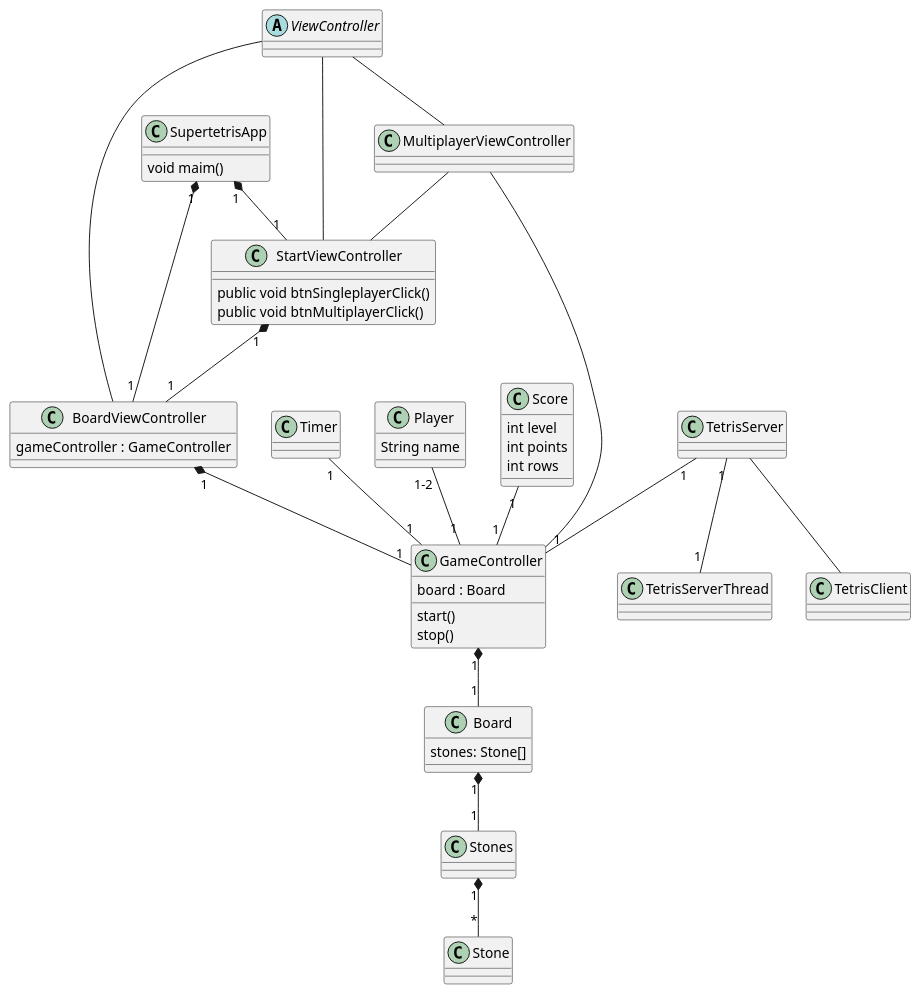
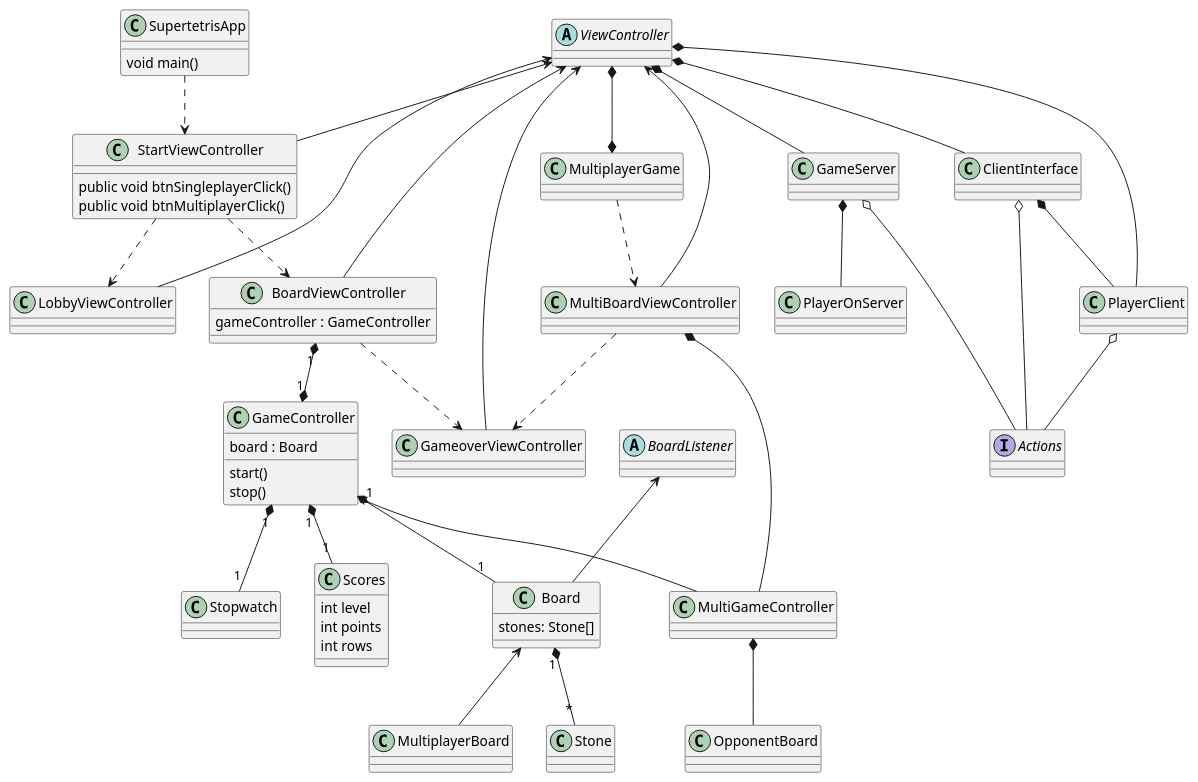
The diagram in doc/Klassendiagramm.puml (ponchofiesta/supertetris), drawn with PlantUML before and after one commit.

Commit message:
UML update

```diff
--- a/doc/Klassendiagramm.puml
+++ b/doc/Klassendiagramm.puml
@@ -1,86 +1,89 @@
 @startuml
 skinparam classAttributeIconSize 0
 
+SupertetrisApp ..> StartViewController
+StartViewController ..> BoardViewController
+StartViewController ..> LobbyViewController
+BoardViewController "1" *--* "1" GameController
+GameController "1" *-- "1" Board
+GameController "1" *-- "1" Stopwatch
+GameController "1" *-- "1" Scores
+BoardListener <-- Board
+Board "1" *-- "*" Stone
+GameController <-- MultiGameController
+Board <-- MultiplayerBoard
+BoardViewController ..> GameoverViewController
+MultiBoardViewController ..> GameoverViewController
+MultiBoardViewController *-- MultiGameController
+MultiGameController *-- OpponentBoard
+MultiplayerGame ..> MultiBoardViewController
 
-SupertetrisApp "1" *-- "1" StartViewController
-SupertetrisApp "1" *-- "1" BoardViewController
-StartViewController "1" *-- "1" BoardViewController
-BoardViewController "1" *-- "1" GameController
-GameController "1" *-- "1" Board
-Board "1" *-- "1" Stones
-Stones "1" *-- "*" Stone
-Timer "1" -- "1" GameController
-Player "1-2" -- "1" GameController
-Score "1" -- "1" GameController
-MultiplayerViewController -- GameController
-MultiplayerViewController -- StartViewController
-ViewController -- MultiplayerViewController
-ViewController -- StartViewController
-ViewController -- BoardViewController
-TetrisServer -- TetrisClient
-TetrisServer "1" -- "1" TetrisServerThread
-TetrisServer "1" -- "1" GameController
+ViewController <-- StartViewController
+ViewController <-- BoardViewController
+ViewController <-- MultiBoardViewController
+ViewController <-- LobbyViewController
+ViewController <-- GameoverViewController
+
+ViewController *-- GameServer
+ViewController *-- PlayerClient
+ViewController *-- ClientInterface
+ViewController *--* MultiplayerGame
+
+ClientInterface *-- PlayerClient
+ClientInterface o-- Actions
+GameServer o-- Actions
+PlayerClient o-- Actions
+
+GameServer *-- PlayerOnServer
 
 class SupertetrisApp {
-    void maim()
+    void main()
 }
 
 abstract class ViewController {
+}
+
+abstract class BoardListener {
 }
 
 class StartViewController {
     public void btnSingleplayerClick()
     public void btnMultiplayerClick()
 }
 
 class BoardViewController {
     gameController : GameController
 }
 
-class MultiplayerViewController {
-
+class MultiBoardViewController {
 }
 
 class GameController {
     board : Board
     start()
     stop()
 }
 
+class OpponentBoard {
+}
+
+class ClientInterface {
+}
+
+interface Actions {
+}
+
 class Board {
     stones: Stone[]
 }
 
-class Stones {
-
+class Stone {
 }
 
-class Stone {
-
-}
-
-class Player {
-    String name
-}
-
-class Timer {
-}
-
-class Score {
+class Scores {
     int level
     int points
     int rows
 }
 
-class TetrisClient {
-
-}
-
-class TetrisServer {
-}
-
-class TetrisServerThread {
-}
-
-
 @enduml
```
